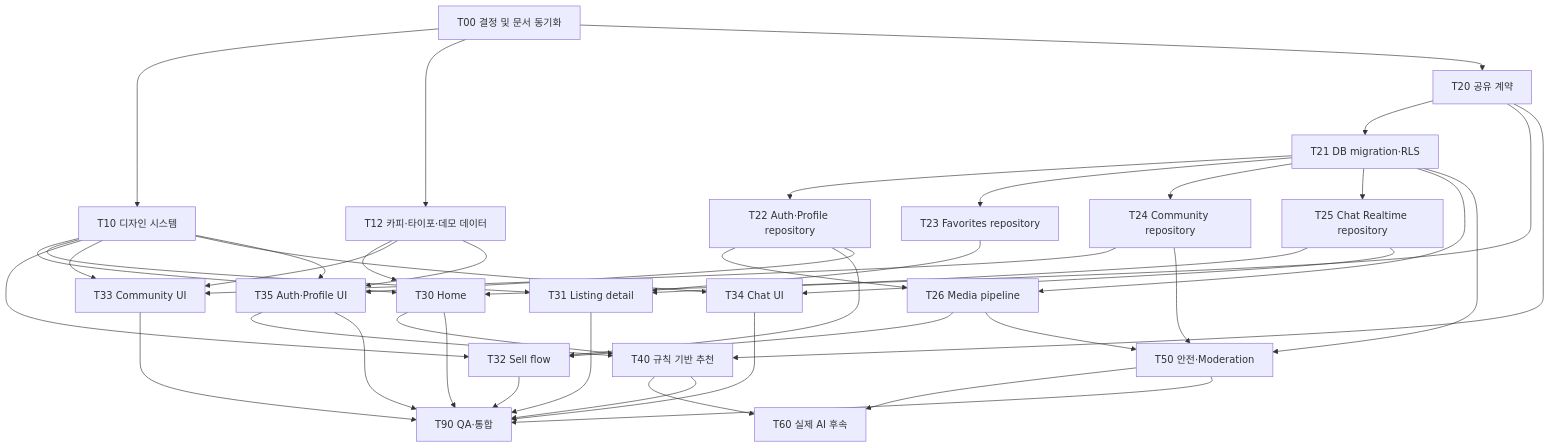
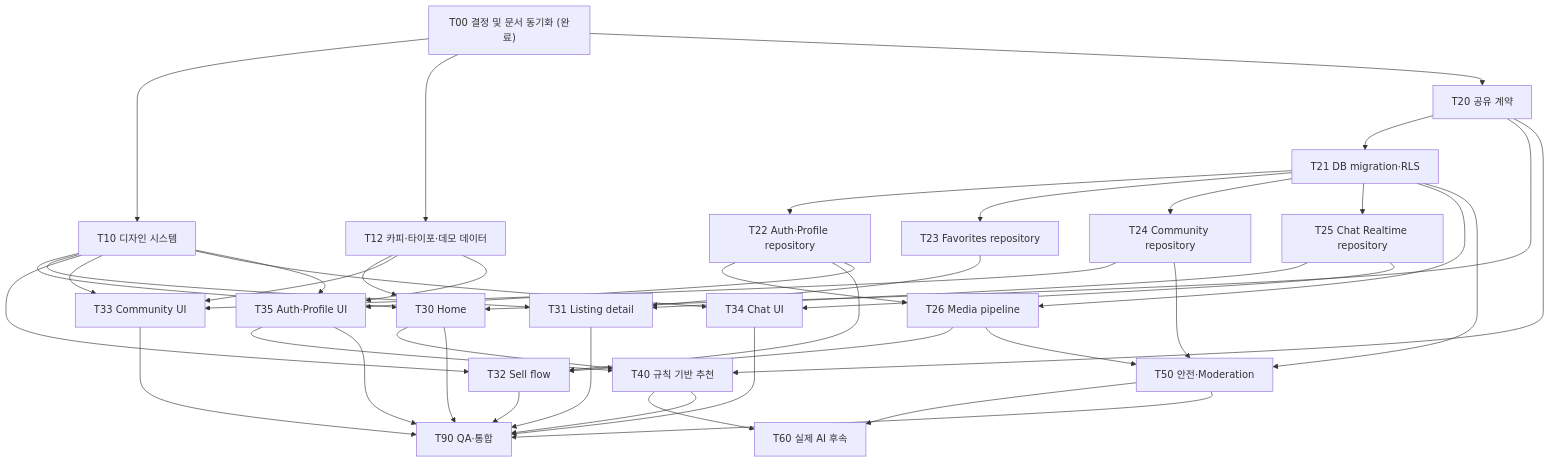
One commit to lulupang2/social_commerce changed the diagram in docs/plan.md. Above: the diagram before and after it, drawn with Mermaid. The commit also changed other lines of this file and 5 other files, not shown here.

````diff
--- a/docs/plan.md
+++ b/docs/plan.md
@@ -210,67 +215,67 @@
 ```mermaid
 flowchart TD
-  T00["T00 결정 및 문서 동기화"]
+  T00["T00 결정 및 문서 동기화 (완료)"]
   T10["T10 디자인 시스템"]
   T12["T12 카피·타이포·데모 데이터"]
   T20["T20 공유 계약"]
   T21["T21 DB migration·RLS"]
   T22["T22 Auth·Profile repository"]
   T23["T23 Favorites repository"]
   T24["T24 Community repository"]
   T25["T25 Chat Realtime repository"]
   T26["T26 Media pipeline"]
   T30["T30 Home"]
   T31["T31 Listing detail"]
   T32["T32 Sell flow"]
   T33["T33 Community UI"]
   T34["T34 Chat UI"]
   T35["T35 Auth·Profile UI"]
   T40["T40 규칙 기반 추천"]
   T50["T50 안전·Moderation"]
   T60["T60 실제 AI 후속"]
   T90["T90 QA·통합"]
 
   T00 --> T10
   T00 --> T12
   T00 --> T20
   T20 --> T21
   T21 --> T22
   T21 --> T23
   T21 --> T24
   T21 --> T25
   T21 --> T26
   T22 --> T26
   T10 --> T30
   T12 --> T30
   T20 --> T30
   T10 --> T31
   T23 --> T31
   T25 --> T31
   T10 --> T32
   T22 --> T32
   T26 --> T32
   T10 --> T33
   T12 --> T33
   T24 --> T33
   T10 --> T34
   T25 --> T34
   T10 --> T35
   T12 --> T35
   T22 --> T35
   T30 --> T40
   T35 --> T40
   T20 --> T40
   T21 --> T50
   T24 --> T50
   T26 --> T50
   T40 --> T60
   T50 --> T60
   T30 --> T90
   T31 --> T90
   T32 --> T90
   T33 --> T90
   T34 --> T90
   T35 --> T90
   T40 --> T90
   T50 --> T90
 ```
````
